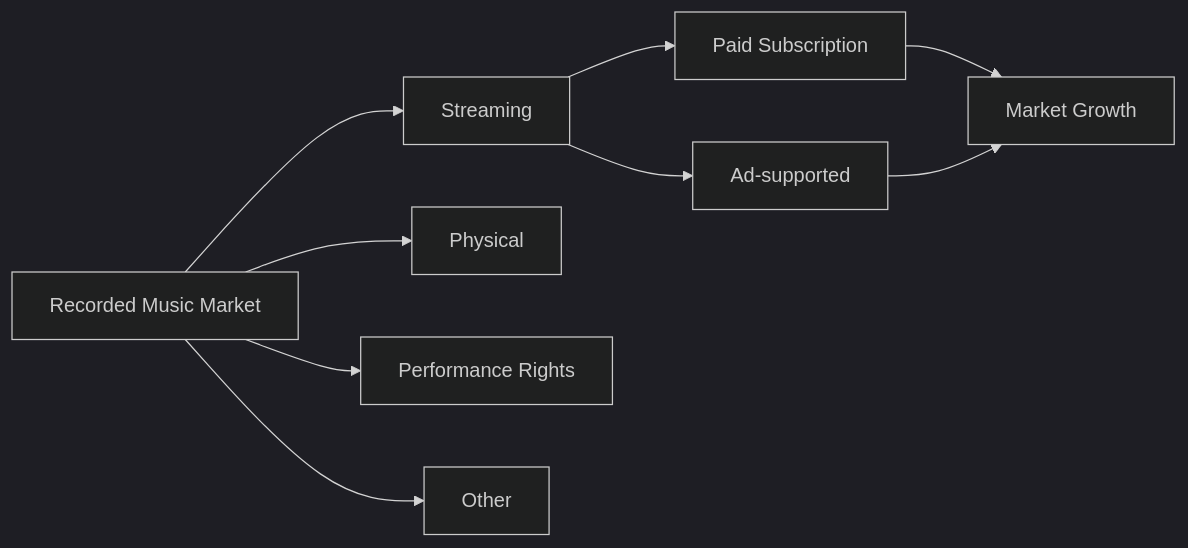
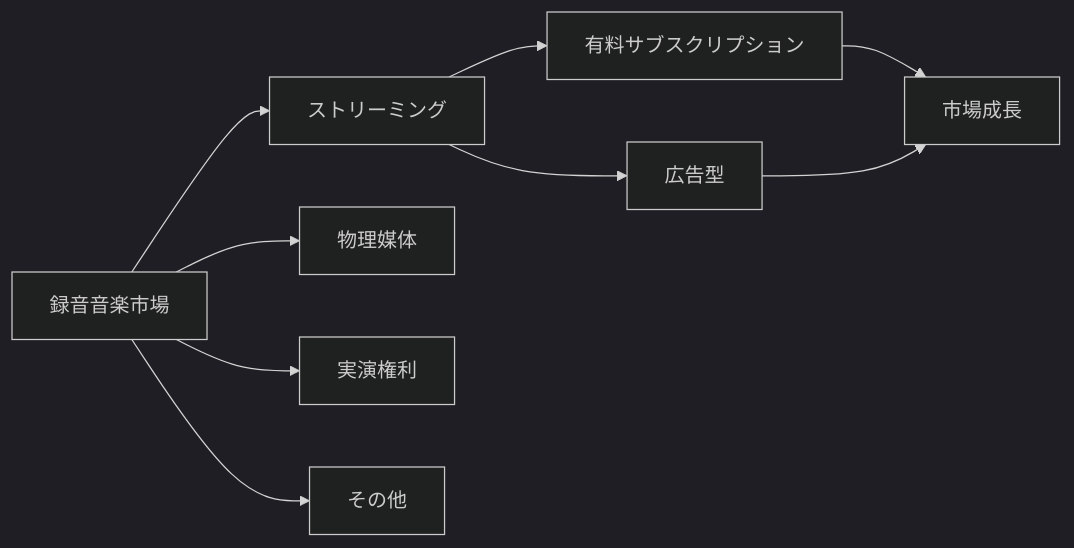
The first of 11 diagrams in docs/whitepaper/02-market.md (ShigeichiroYamasaki/creator-first-platform), drawn with Mermaid (dark theme) before and after one commit. The commit also changed other lines of this file and 72 other files, not shown here.

````diff
--- a/docs/whitepaper/02-market.md
+++ b/docs/whitepaper/02-market.md
@@ -15,13 +15,13 @@
 ```mermaid
 flowchart LR
-    M[Recorded Music Market] --> S[Streaming]
-    M --> P[Physical]
-    M --> R[Performance Rights]
-    M --> O[Other]
+    M[録音音楽市場] --> S[ストリーミング]
+    M --> P[物理媒体]
+    M --> R[実演権利]
+    M --> O[その他]
 
-    S --> PS[Paid Subscription]
-    S --> AS[Ad-supported]
+    S --> PS[有料サブスクリプション]
+    S --> AS[広告型]
 
-    PS --> G[Market Growth]
+    PS --> G[市場成長]
     AS --> G
 ```
````
